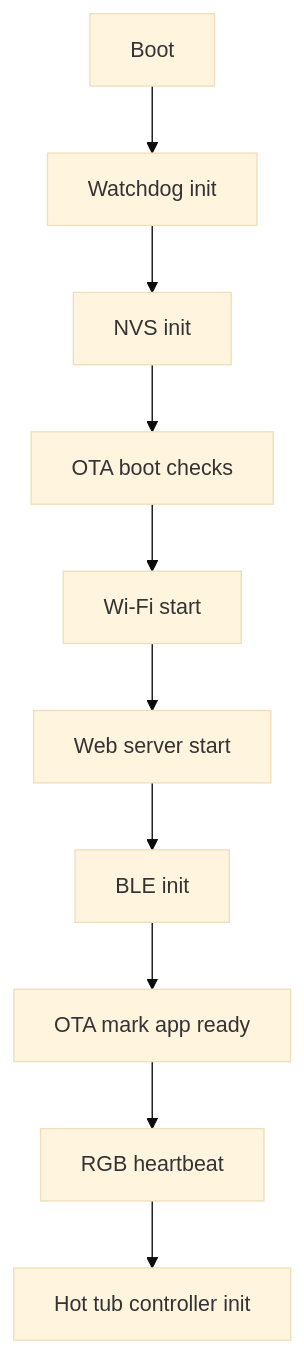
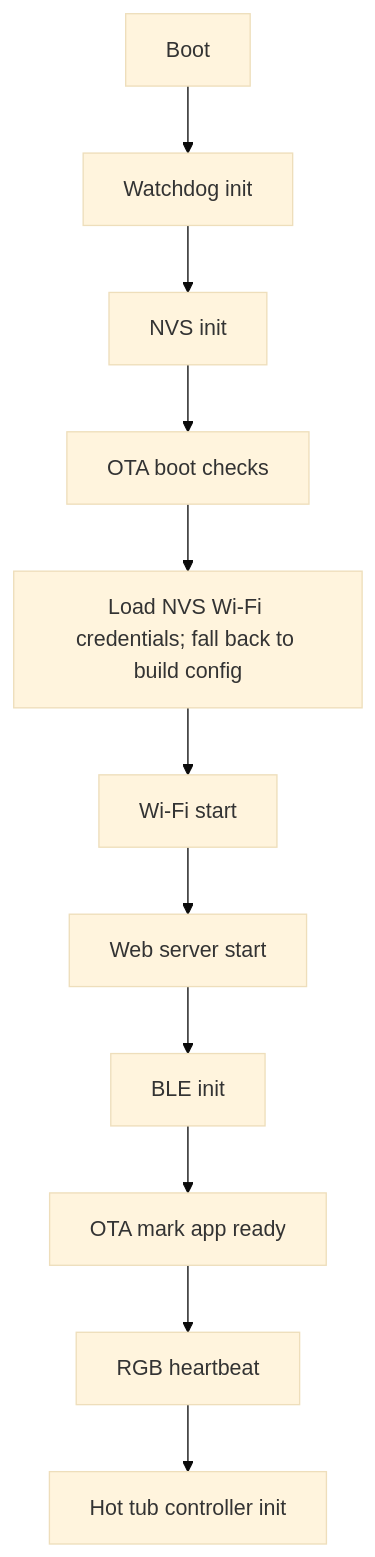
The diagram in components/app_controller/README.md (Nino67/Esp32-S3-HotTub-Base), drawn with Mermaid (base theme) before and after one commit. The commit also changed other lines of this file and 15 other files, not shown here.

Commit message:
Ble OTA added

````diff
--- a/components/app_controller/README.md
+++ b/components/app_controller/README.md
@@ -15,12 +15,13 @@
 ```mermaid
 flowchart TD
   A[Boot] --> B[Watchdog init]
   B --> C[NVS init]
   C --> D[OTA boot checks]
-  D --> E[Wi-Fi start]
-  E --> F[Web server start]
-  F --> G[BLE init]
-  G --> H[OTA mark app ready]
-  H --> I[RGB heartbeat]
-  I --> J[Hot tub controller init]
+  D --> E[Load NVS Wi-Fi credentials; fall back to build config]
+  E --> F[Wi-Fi start]
+  F --> G[Web server start]
+  G --> H[BLE init]
+  H --> I[OTA mark app ready]
+  I --> J[RGB heartbeat]
+  J --> K[Hot tub controller init]
 ```
````
